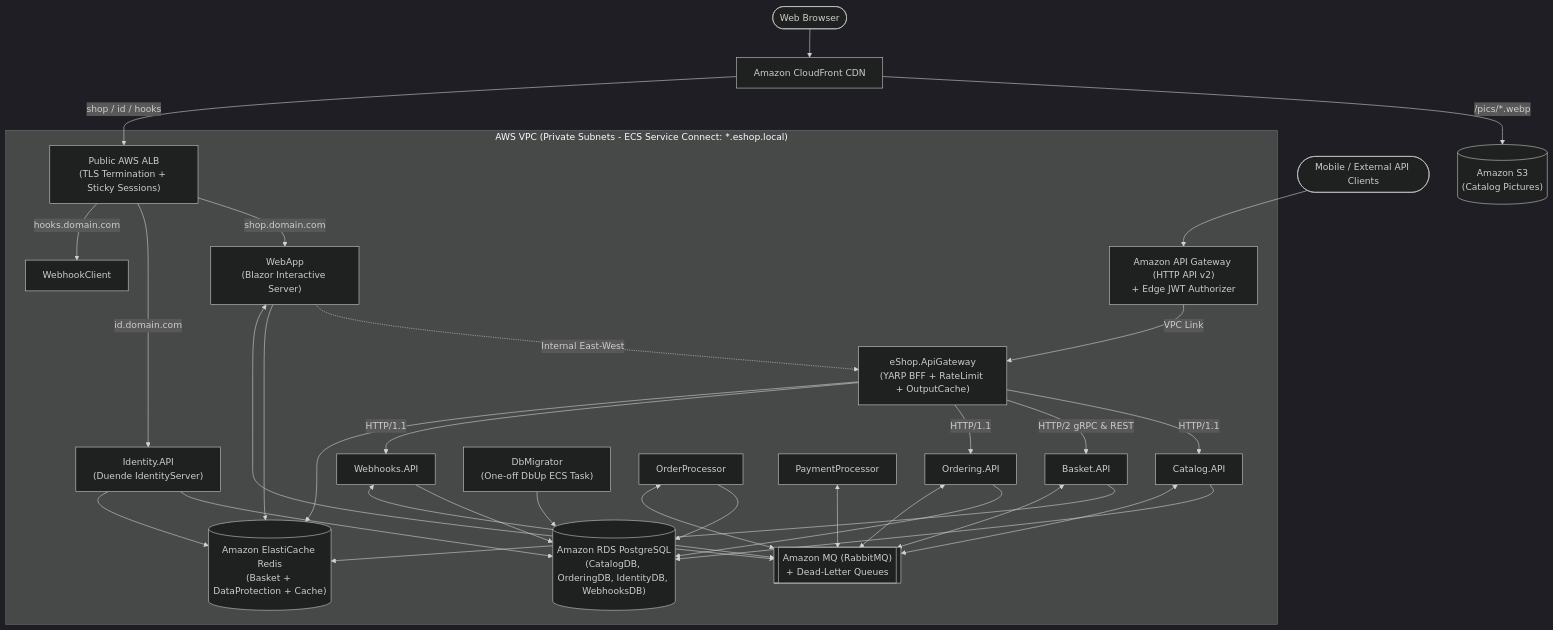
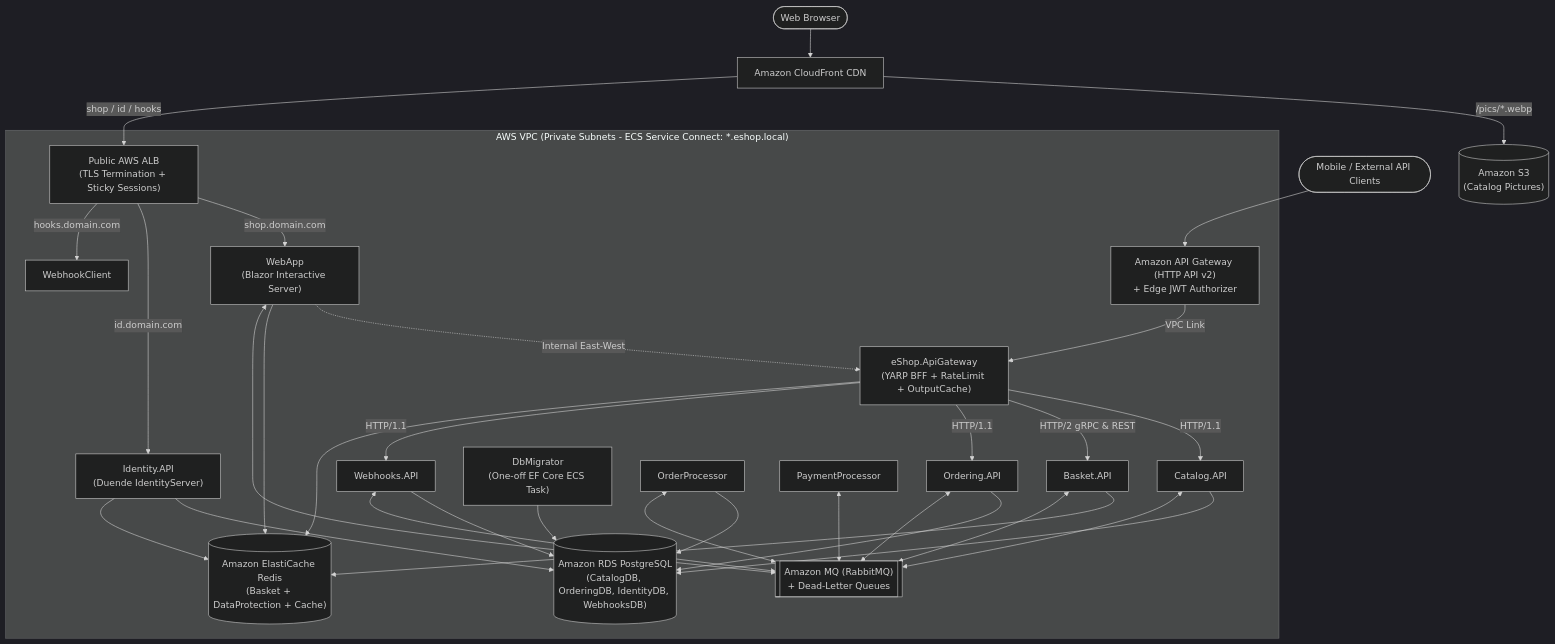
One commit to ngnviethoang/eShop changed the diagram in plans/aws-migration-plan.md. Above: the diagram before and after it, drawn with Mermaid (dark theme). The commit also changed other lines of this file, not shown here.

````diff
--- a/plans/aws-migration-plan.md
+++ b/plans/aws-migration-plan.md
@@ -43,27 +43,27 @@
 ```mermaid
 flowchart TD
     Browser(["Web Browser"]) --> CF["Amazon CloudFront CDN"]
     Mobile(["Mobile / External API Clients"]) --> APIGW["Amazon API Gateway (HTTP API v2)<br/>+ Edge JWT Authorizer"]
 
     CF -->|"/pics/*.webp"| S3[("Amazon S3<br/>(Catalog Pictures)")]
     CF -->|"shop / id / hooks"| ALB["Public AWS ALB<br/>(TLS Termination + Sticky Sessions)"]
 
     subgraph VPC["AWS VPC (Private Subnets - ECS Service Connect: *.eshop.local)"]
         ALB -->|"shop.domain.com"| WebApp["WebApp<br/>(Blazor Interactive Server)"]
         ALB -->|"id.domain.com"| Identity["Identity.API<br/>(Duende IdentityServer)"]
         ALB -->|"hooks.domain.com"| WebhookClient["WebhookClient"]
 
         APIGW -->|"VPC Link"| YarpGW["eShop.ApiGateway<br/>(YARP BFF + RateLimit + OutputCache)"]
         WebApp -.->|"Internal East-West"| YarpGW
 
         YarpGW -->|"HTTP/1.1"| Catalog["Catalog.API"]
         YarpGW -->|"HTTP/2 gRPC & REST"| Basket["Basket.API"]
         YarpGW -->|"HTTP/1.1"| Ordering["Ordering.API"]
         YarpGW -->|"HTTP/1.1"| Webhooks["Webhooks.API"]
 
-        Migrator["DbMigrator<br/>(One-off DbUp ECS Task)"] --> RDS[("Amazon RDS PostgreSQL<br/>(CatalogDB, OrderingDB, IdentityDB, WebhooksDB)")]
+        Migrator["DbMigrator<br/>(One-off EF Core ECS Task)"] --> RDS[("Amazon RDS PostgreSQL<br/>(CatalogDB, OrderingDB, IdentityDB, WebhooksDB)")]
         Catalog & Ordering & Identity & Webhooks & OrderProc["OrderProcessor"] --> RDS
         Basket & WebApp & Identity & YarpGW --> Redis[("Amazon ElastiCache Redis<br/>(Basket + DataProtection + Cache)")]
         Catalog & Basket & Ordering & Webhooks & WebApp & OrderProc & PayProc["PaymentProcessor"] <--> MQ[["Amazon MQ (RabbitMQ)<br/>+ Dead-Letter Queues"]]
     end
 ```
````
